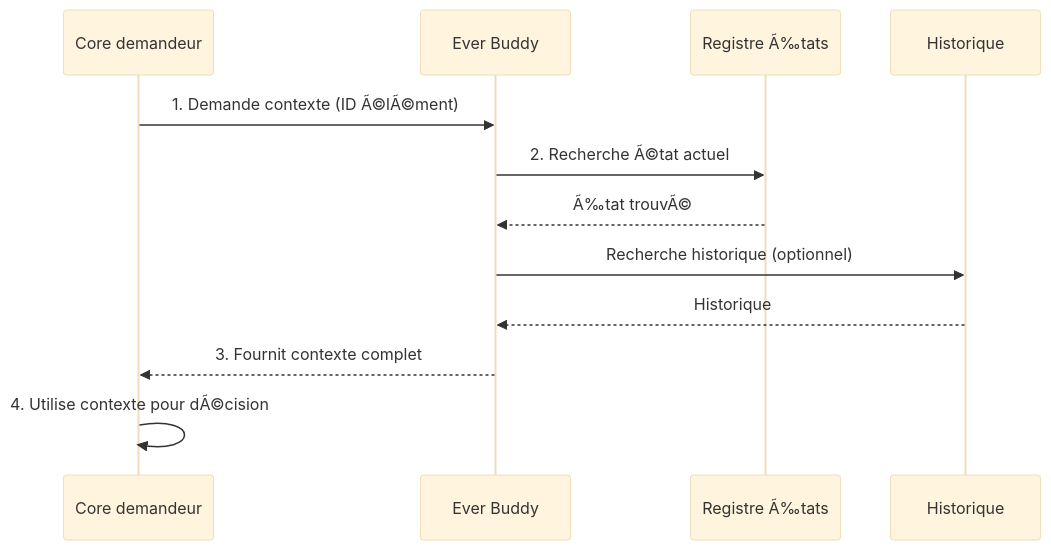
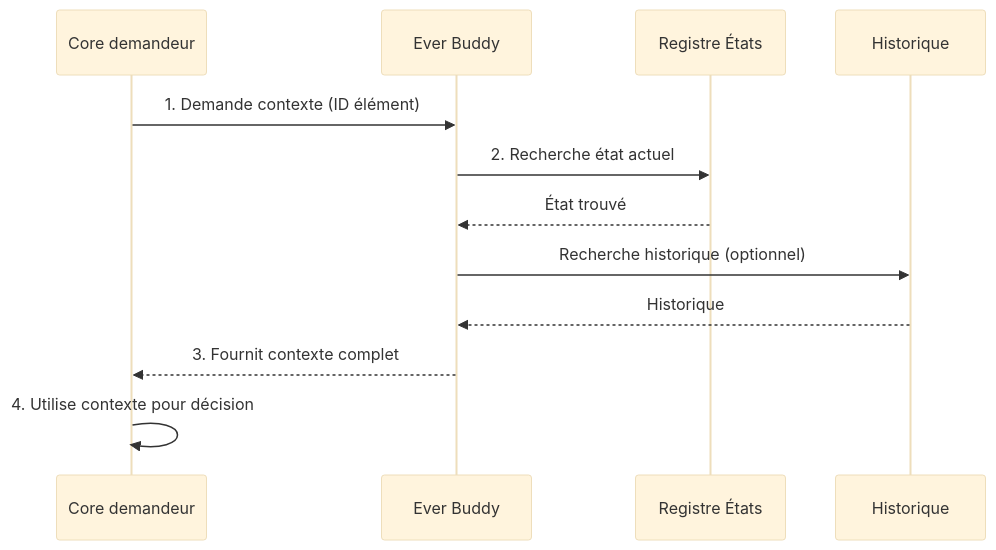
One commit to StudioMiyukini/miyukini_cog changed the third of 6 diagrams in docs/cores/EverBuddy/architecture/Ever Buddy - Evolution Flows.md. Above: the diagram before and after it, drawn with Mermaid (base theme). The commit also changed other lines of this file and 564 other files, not shown here.

````diff
--- a/docs/cores/EverBuddy/architecture/Ever Buddy - Evolution Flows.md
+++ b/docs/cores/EverBuddy/architecture/Ever Buddy - Evolution Flows.md
@@ -228,15 +228,15 @@
 ```mermaid
 sequenceDiagram
     participant Core as Core demandeur
     participant EB as Ever Buddy
-    participant Reg as Registre Ã‰tats
+    participant Reg as Registre États
     participant His as Historique
 
-    Core->>EB: 1. Demande contexte (ID Ã©lÃ©ment)
-    EB->>Reg: 2. Recherche Ã©tat actuel
-    Reg-->>EB: Ã‰tat trouvÃ©
+    Core->>EB: 1. Demande contexte (ID élément)
+    EB->>Reg: 2. Recherche état actuel
+    Reg-->>EB: État trouvé
     EB->>His: Recherche historique (optionnel)
     His-->>EB: Historique
     EB-->>Core: 3. Fournit contexte complet
-    Core->>Core: 4. Utilise contexte pour dÃ©cision
+    Core->>Core: 4. Utilise contexte pour décision
 ```
````
